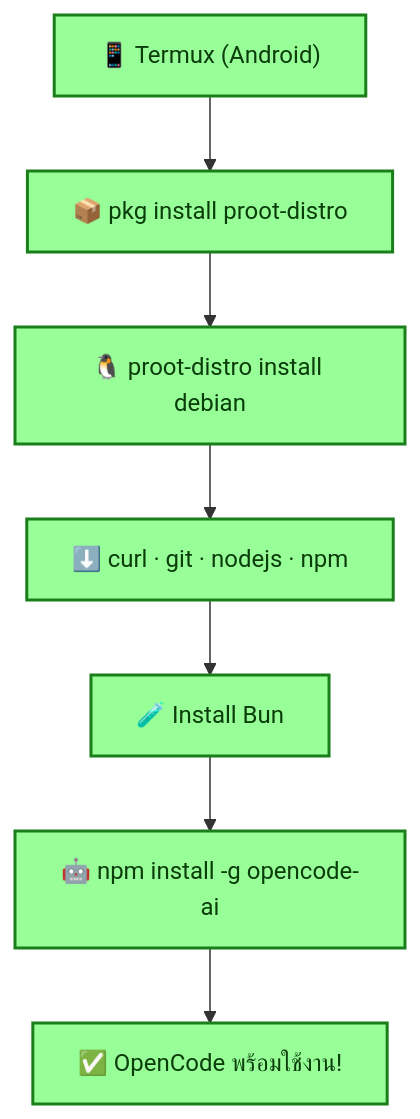
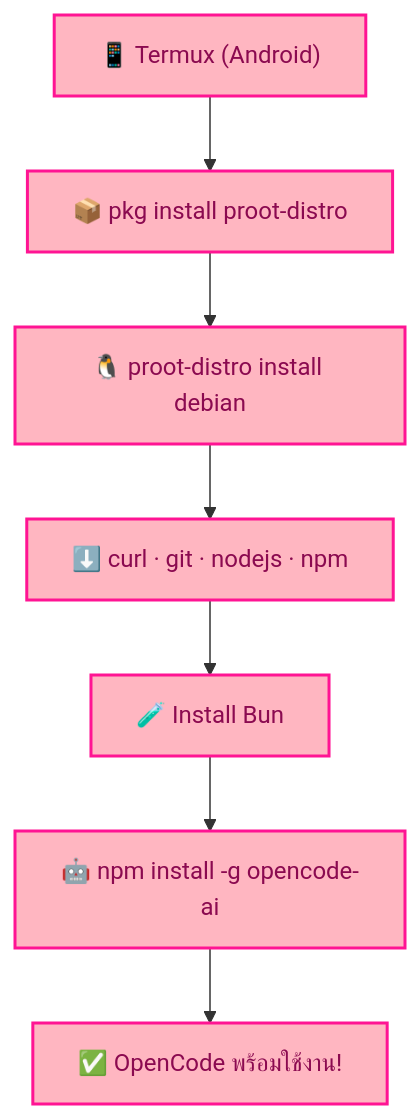
The diagram in README.md (Aa-ok99/debian--ai), drawn with Mermaid before and after one commit. The commit also changed other lines of this file, not shown here.

````diff
--- a/README.md
+++ b/README.md
@@ -21,17 +21,17 @@
 ```mermaid
 flowchart TD
   A["📱 Termux (Android)"] --> B["📦 pkg install proot-distro"]
   B --> C["🐧 proot-distro install debian"]
   C --> D["⬇️ curl · git · nodejs · npm"]
   D --> E["🧪 Install Bun"]
   E --> F["🤖 npm install -g opencode-ai"]
   F --> G["✅ OpenCode พร้อมใช้งาน!"]
 
-  style A fill:#98FF98,stroke:#1a7f1a,stroke-width:2px,color:#0a3d0a
-  style B fill:#98FF98,stroke:#1a7f1a,stroke-width:2px,color:#0a3d0a
-  style C fill:#98FF98,stroke:#1a7f1a,stroke-width:2px,color:#0a3d0a
-  style D fill:#98FF98,stroke:#1a7f1a,stroke-width:2px,color:#0a3d0a
-  style E fill:#98FF98,stroke:#1a7f1a,stroke-width:2px,color:#0a3d0a
-  style F fill:#98FF98,stroke:#1a7f1a,stroke-width:2px,color:#0a3d0a
-  style G fill:#98FF98,stroke:#1a7f1a,stroke-width:2px,color:#0a3d0a
+  style A fill:#FFB6C1,stroke:#FF1493,stroke-width:2px,color:#8B0A50
+  style B fill:#FFB6C1,stroke:#FF1493,stroke-width:2px,color:#8B0A50
+  style C fill:#FFB6C1,stroke:#FF1493,stroke-width:2px,color:#8B0A50
+  style D fill:#FFB6C1,stroke:#FF1493,stroke-width:2px,color:#8B0A50
+  style E fill:#FFB6C1,stroke:#FF1493,stroke-width:2px,color:#8B0A50
+  style F fill:#FFB6C1,stroke:#FF1493,stroke-width:2px,color:#8B0A50
+  style G fill:#FFB6C1,stroke:#FF1493,stroke-width:2px,color:#8B0A50
 ```
````
